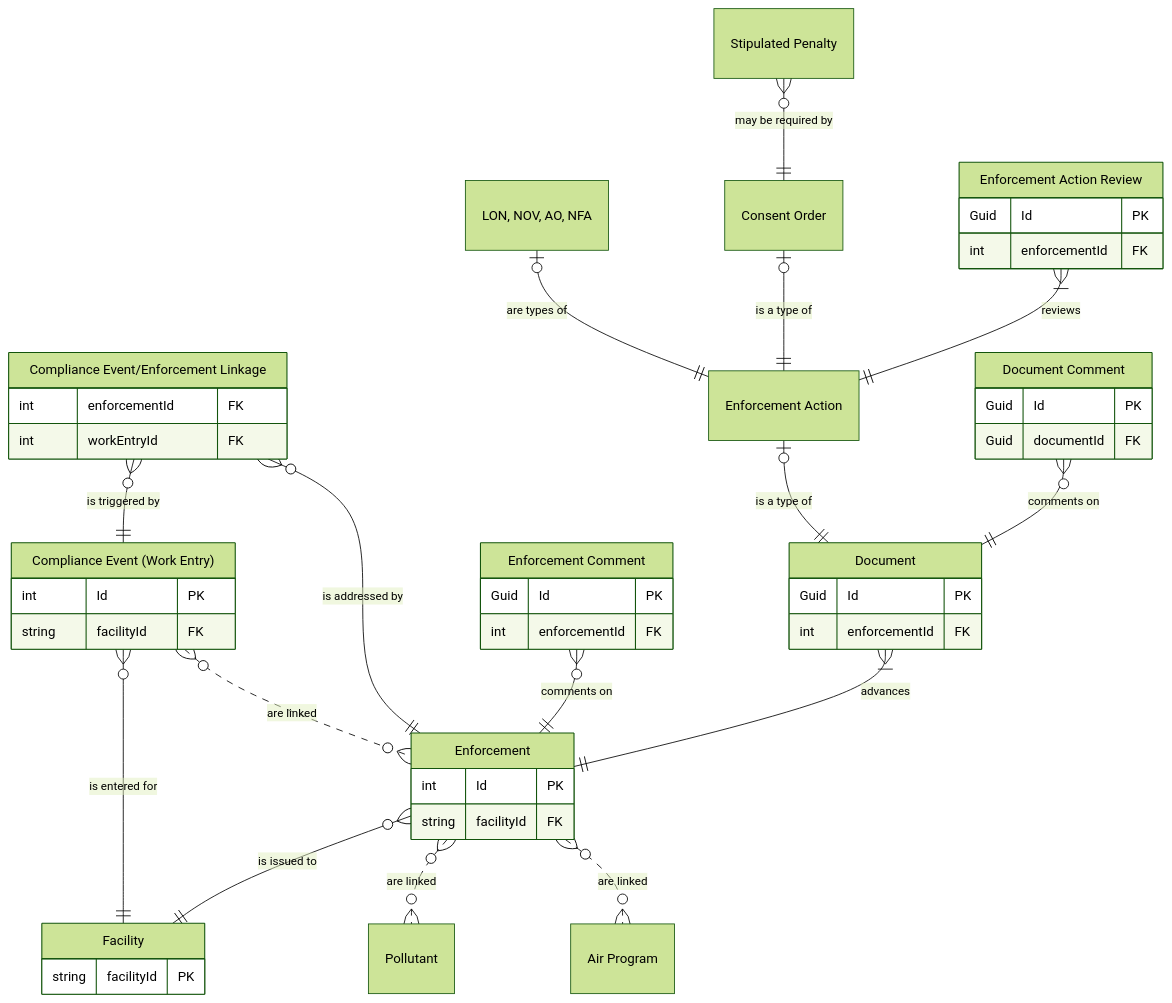
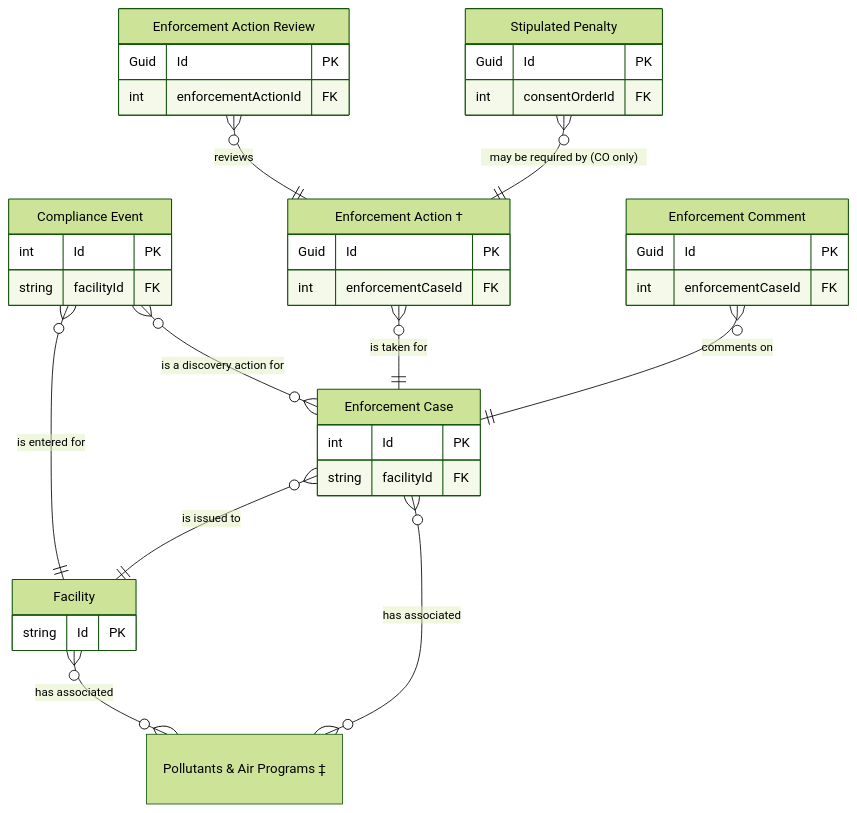
One commit to gaepdit/air-web changed the first of 2 diagrams in docs/Data-entities/Enforcement-ERD.md. Above: the diagram before and after it, drawn with Mermaid (forest theme). The commit also changed other lines of this file and 80 other files, not shown here.

````diff
--- a/docs/Data-entities/Enforcement-ERD.md
+++ b/docs/Data-entities/Enforcement-ERD.md
@@ -3,72 +3,48 @@
 ```mermaid
 erDiagram
     FAC["Facility"] {
-        string facilityId PK
+        string Id PK
     }
 
-    CWE["Compliance Event (Work Entry)"] {
+    CWE["Compliance Event"] {
         int Id PK
         string facilityId FK
     }
 
-    ENF["Enforcement"] {
+    ENF["Enforcement Case"] {
         int Id PK
         string facilityId FK
     }
 
-    LNK["Compliance Event/Enforcement Linkage"] {
-        int enforcementId FK
-        int workEntryId FK
+    CTE["Enforcement Comment"] {
+        Guid Id PK
+        int enforcementCaseId FK
     }
 
-    CTE["Enforcement Comment"] {
+    ACT["Enforcement Action †"] {
         Guid Id PK
-        int enforcementId FK
+        int enforcementCaseId FK
     }
 
-    DOC["Document"] {
-        Guid Id PK
-        int enforcementId FK
-    }
-
-    ACT["Enforcement Action"]
+    POL["Pollutants & Air Programs ‡"]
 
     REV["Enforcement Action Review"] {
         Guid Id PK
-        int enforcementId FK
+        int enforcementActionId FK
     }
 
-    CTA["Document Comment"] {
+    STP["Stipulated Penalty"] {
         Guid Id PK
-        Guid documentId FK
+        int consentOrderId FK
     }
 
-    EAO["LON, NOV, AO, NFA"]
-    CO["Consent Order"]
-    POL["Pollutant"]
-    PGM["Air Program"]
-    STP["Stipulated Penalty"]
-
+    FAC }o--o{ POL: "has associated"
+    ENF }o--o{ POL: "has associated"
+    CWE }o--o{ ENF: "is a discovery action for"
     CWE }o--|| FAC: "is entered for"
+    ACT }o--|| ENF: "is taken for"
+    CTE }o--|| ENF: "comments on"
     ENF }o--|| FAC: "is issued to"
-
-    CWE }o..o{ ENF: "are linked"
-    LNK }o--|| CWE: "is triggered by"
-    LNK }o--|| ENF: "is addressed by"
-
-    CTE }o--|| ENF: "comments on"
-    DOC }|--|| ENF: "advances"
-    ACT |o--|| DOC: "is a type of"
-
-    ENF }o..o{ POL: "are linked"
-    ENF }o..o{ PGM: "are linked"
-
-    EAO |o--|| ACT: "are types of"
-    CO |o--|| ACT: "is a type of"
-    REV }|--|| ACT: "reviews"
-    
-    CTA }o--|| DOC: "comments on"
-
-    STP }o--|| CO: "may be required by"
-
+    REV }o--|| ACT: "reviews"
+    STP }o--|| ACT: "may be required by (CO only)"
 ```
````
